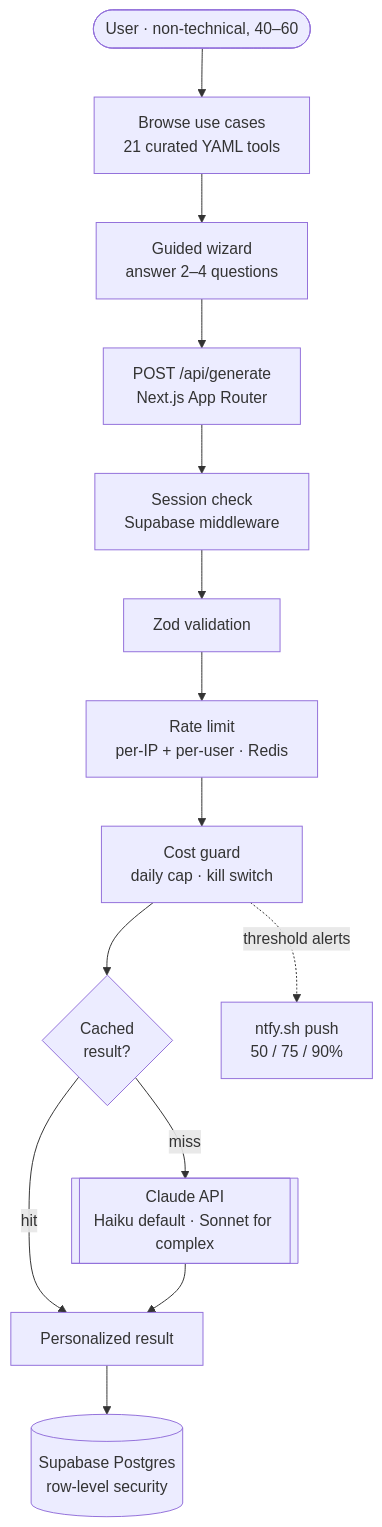
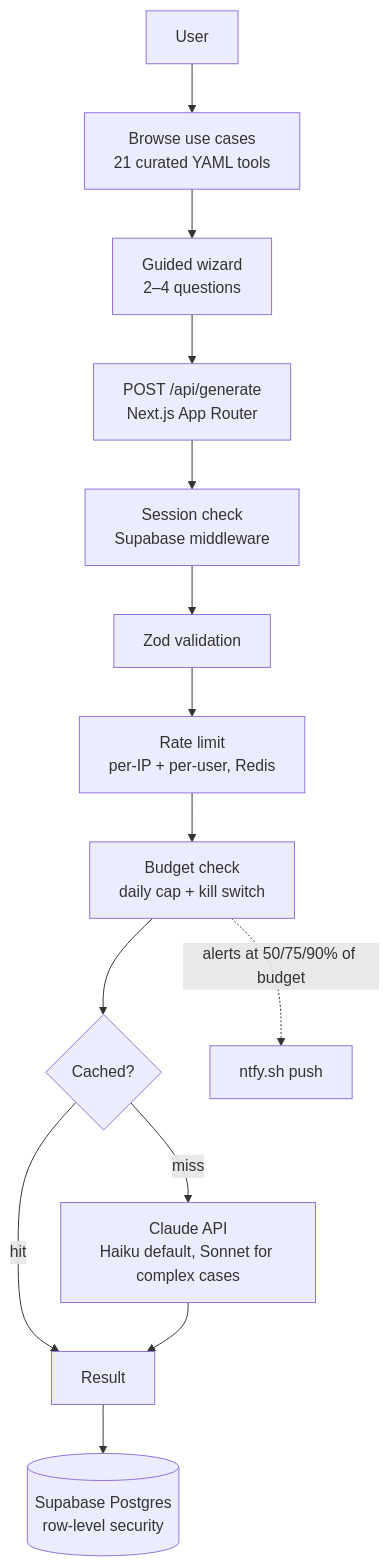
The diagram in README.md (henryhobes/booey), drawn with Mermaid before and after one commit. The commit also changed other lines of this file, not shown here.

````diff
--- a/README.md
+++ b/README.md
@@ -28,18 +24,18 @@
 ```mermaid
 flowchart TD
-    User(["User · non-technical, 40–60"]) --> Explore["Browse use cases<br/>21 curated YAML tools"]
-    Explore --> Wizard["Guided wizard<br/>answer 2–4 questions"]
+    User["User"] --> Explore["Browse use cases<br/>21 curated YAML tools"]
+    Explore --> Wizard["Guided wizard<br/>2–4 questions"]
     Wizard --> Route["POST /api/generate<br/>Next.js App Router"]
 
     Route --> Auth["Session check<br/>Supabase middleware"]
-    Auth --> Valid[Zod validation]
-    Valid --> Limit["Rate limit<br/>per-IP + per-user · Redis"]
-    Limit --> Budget["Cost guard<br/>daily cap · kill switch"]
-    Budget --> Cache{Cached<br/>result?}
-    Cache -- hit --> Out[Personalized result]
-    Cache -- miss --> Claude[["Claude API<br/>Haiku default · Sonnet for complex"]]
+    Auth --> Valid["Zod validation"]
+    Valid --> Limit["Rate limit<br/>per-IP + per-user, Redis"]
+    Limit --> Budget["Budget check<br/>daily cap + kill switch"]
+    Budget --> Cache{"Cached?"}
+    Cache -- hit --> Out["Result"]
+    Cache -- miss --> Claude["Claude API<br/>Haiku default, Sonnet for complex cases"]
     Claude --> Out
     Out --> DB[("Supabase Postgres<br/>row-level security")]
 
-    Budget -. threshold alerts .-> Ntfy["ntfy.sh push<br/>50 / 75 / 90%"]
+    Budget -. "alerts at 50/75/90% of budget" .-> Ntfy["ntfy.sh push"]
 ```
````
